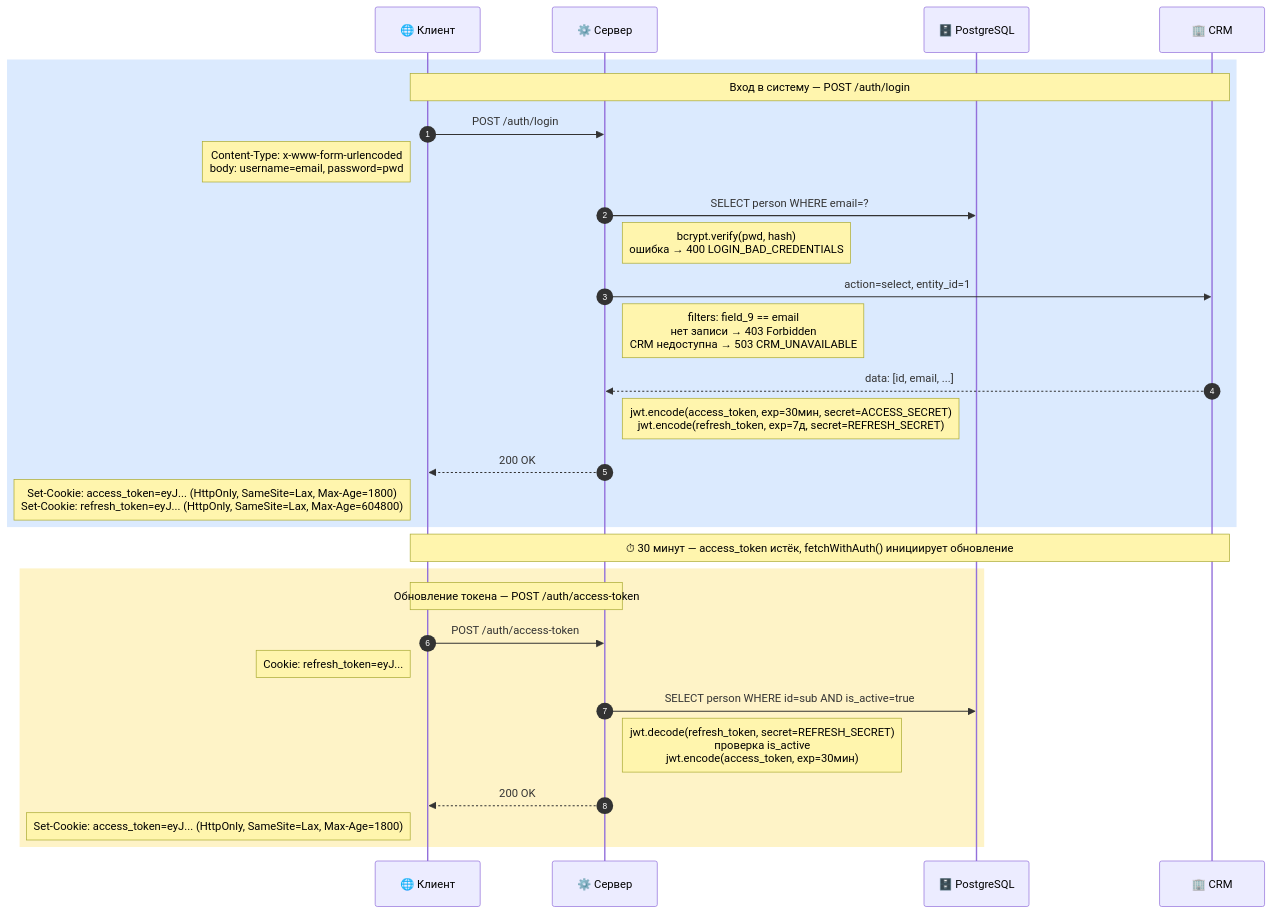
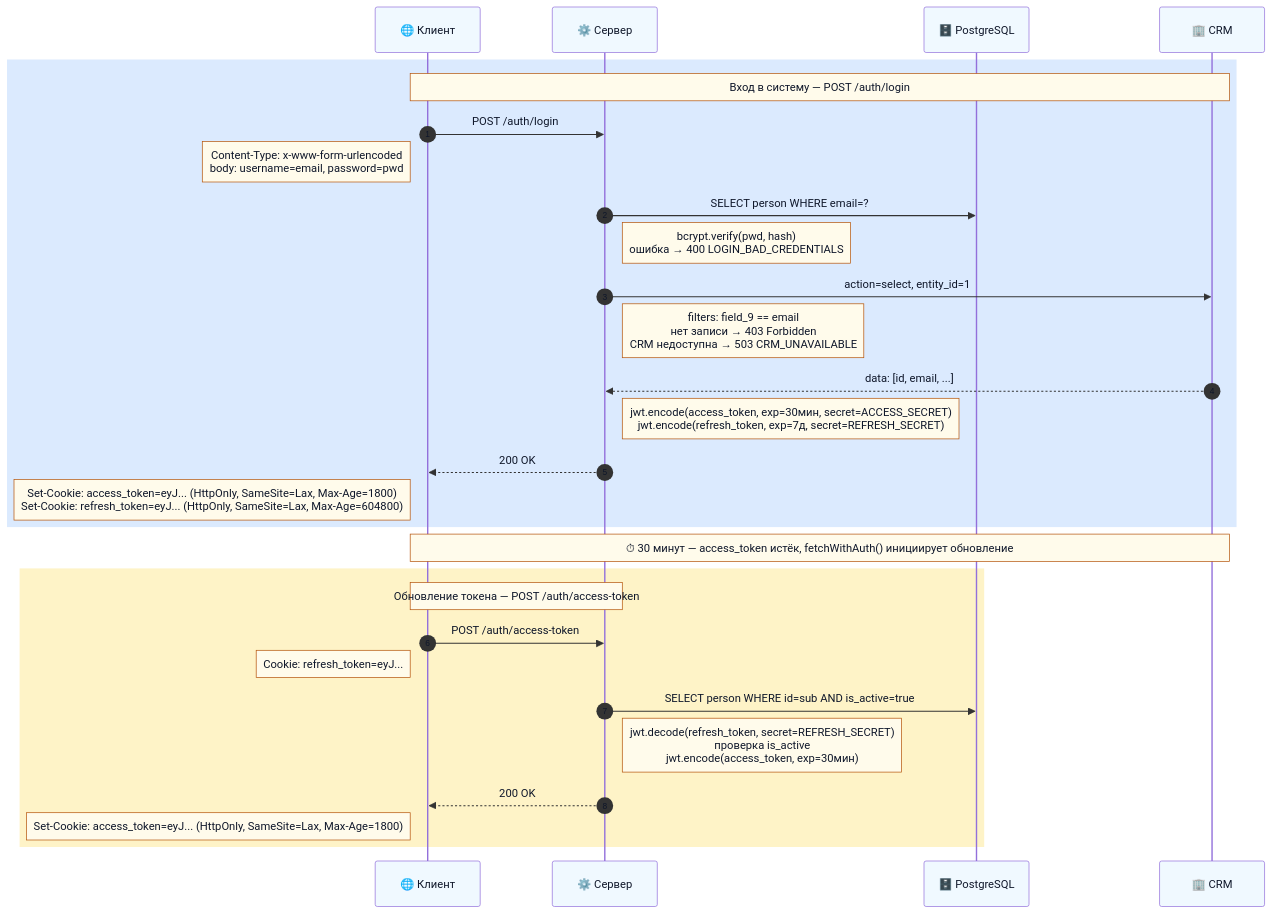
Before and after one commit to bodyauza/task-manager: the second of 2 diagrams in README.md, drawn with Mermaid. The commit also changed other lines of this file, not shown here.

````diff
--- a/README.md
+++ b/README.md
@@ -170,34 +171,35 @@
 ```mermaid
+%%{init: {'theme': 'default', 'themeVariables': {'noteTextColor': '#0f172a', 'noteBkgColor': '#fffbeb', 'noteBorderColor': '#b45309', 'signalTextColor': '#0f172a', 'actorTextColor': '#0f172a', 'actorBkg': '#f0f9ff', 'actorBorderColor': '#0284c7', 'labelTextColor': '#0f172a', 'sequenceNumberColor': '#0f172a'}}}%%
 sequenceDiagram
     autonumber
     participant C as 🌐 Клиент
     participant S as ⚙️ Сервер
     participant D as 🗄️ PostgreSQL
     participant R as 🏢 CRM
 
     rect rgb(219, 234, 254)
         Note over C,R: Вход в систему — POST /auth/login
         C->>S: POST /auth/login
         Note left of C: Content-Type: x-www-form-urlencoded<br/>body: username=email, password=pwd
         S->>D: SELECT person WHERE email=?
         Note right of S: bcrypt.verify(pwd, hash)<br/>ошибка → 400 LOGIN_BAD_CREDENTIALS
         S->>R: action=select, entity_id=1
         Note right of S: filters: field_9 == email<br/>нет записи → 403 Forbidden<br/>CRM недоступна → 503 CRM_UNAVAILABLE
         R-->>S: data: [id, email, ...]
         Note right of S: jwt.encode(access_token, exp=30мин, secret=ACCESS_SECRET)<br/>jwt.encode(refresh_token, exp=7д, secret=REFRESH_SECRET)
         S-->>C: 200 OK
         Note left of C: Set-Cookie: access_token=eyJ... (HttpOnly, SameSite=Lax, Max-Age=1800)<br/>Set-Cookie: refresh_token=eyJ... (HttpOnly, SameSite=Lax, Max-Age=604800)
     end
 
     Note over C,R: ⏱ 30 минут — access_token истёк, fetchWithAuth() инициирует обновление
 
     rect rgb(254, 243, 199)
         Note over C,S: Обновление токена — POST /auth/access-token
         C->>S: POST /auth/access-token
         Note left of C: Cookie: refresh_token=eyJ...
         S->>D: SELECT person WHERE id=sub AND is_active=true
         Note right of S: jwt.decode(refresh_token, secret=REFRESH_SECRET)<br/>проверка is_active<br/>jwt.encode(access_token, exp=30мин)
         S-->>C: 200 OK
         Note left of C: Set-Cookie: access_token=eyJ... (HttpOnly, SameSite=Lax, Max-Age=1800)
     end
 ```
````
